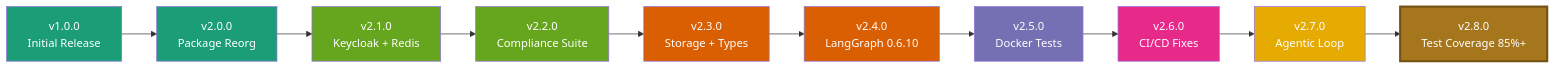
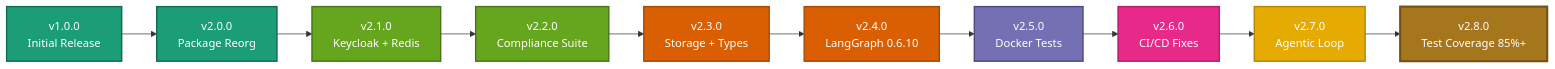
Before and after one commit to vishnu2kmohan/mcp-server-langgraph: the diagram in docs/releases/overview.mdx, drawn with Mermaid. The commit also changed 9 other files, not shown here.

First line of the commit message:
style: apply ColorBrewer2 Dark2 palette to all remaining diagrams

````diff
--- a/docs/releases/overview.mdx
+++ b/docs/releases/overview.mdx
@@ -93,23 +93,24 @@
 ```mermaid
 graph LR
     V1[v1.0.0<br/>Initial Release] --> V2[v2.0.0<br/>Package Reorg]
     V2 --> V21[v2.1.0<br/>Keycloak + Redis]
     V21 --> V22[v2.2.0<br/>Compliance Suite]
     V22 --> V23[v2.3.0<br/>Storage + Types]
     V23 --> V24[v2.4.0<br/>LangGraph 0.6.10]
     V24 --> V25[v2.5.0<br/>Docker Tests]
     V25 --> V26[v2.6.0<br/>CI/CD Fixes]
     V26 --> V27[v2.7.0<br/>Agentic Loop]
     V27 --> V28[v2.8.0<br/>Test Coverage 85%+]
 
-    style V1 fill:#1b9e77,color:#fff
-    style V2 fill:#1b9e77,color:#fff
-    style V21 fill:#66a61e,color:#fff
-    style V22 fill:#66a61e,color:#fff
-    style V23 fill:#d95f02,color:#fff
-    style V24 fill:#d95f02,color:#fff
-    style V25 fill:#7570b3,color:#fff
-    style V26 fill:#e7298a,color:#fff
-    style V27 fill:#e6ab02,color:#fff
+    %% ColorBrewer2 Dark2 palette - progressive version timeline
+    style V1 fill:#1b9e77,stroke:#116b52,stroke-width:2px,color:#fff
+    style V2 fill:#1b9e77,stroke:#116b52,stroke-width:2px,color:#fff
+    style V21 fill:#66a61e,stroke:#477315,stroke-width:2px,color:#fff
+    style V22 fill:#66a61e,stroke:#477315,stroke-width:2px,color:#fff
+    style V23 fill:#d95f02,stroke:#a64801,stroke-width:2px,color:#fff
+    style V24 fill:#d95f02,stroke:#a64801,stroke-width:2px,color:#fff
+    style V25 fill:#7570b3,stroke:#4e4a7f,stroke-width:2px,color:#fff
+    style V26 fill:#e7298a,stroke:#b31e6d,stroke-width:2px,color:#fff
+    style V27 fill:#e6ab02,stroke:#b38501,stroke-width:2px,color:#fff
     style V28 fill:#a6761d,stroke:#735214,stroke-width:3px,color:#fff
 ```
````
